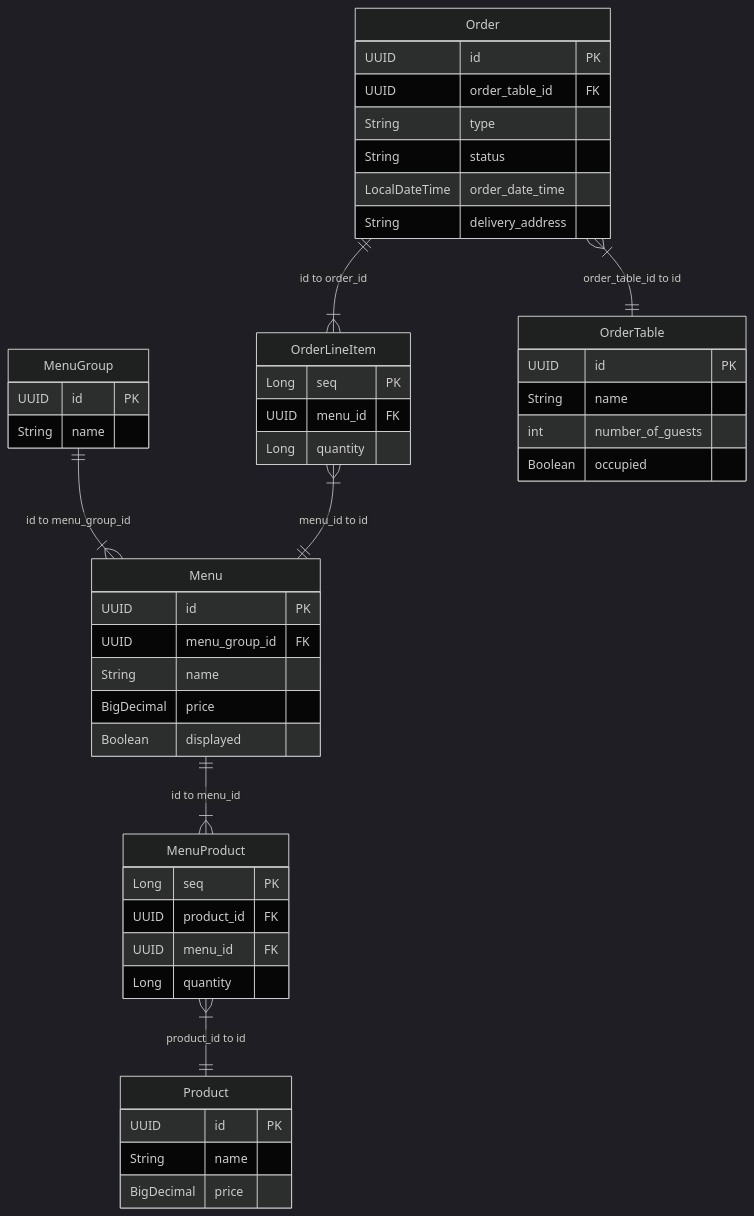
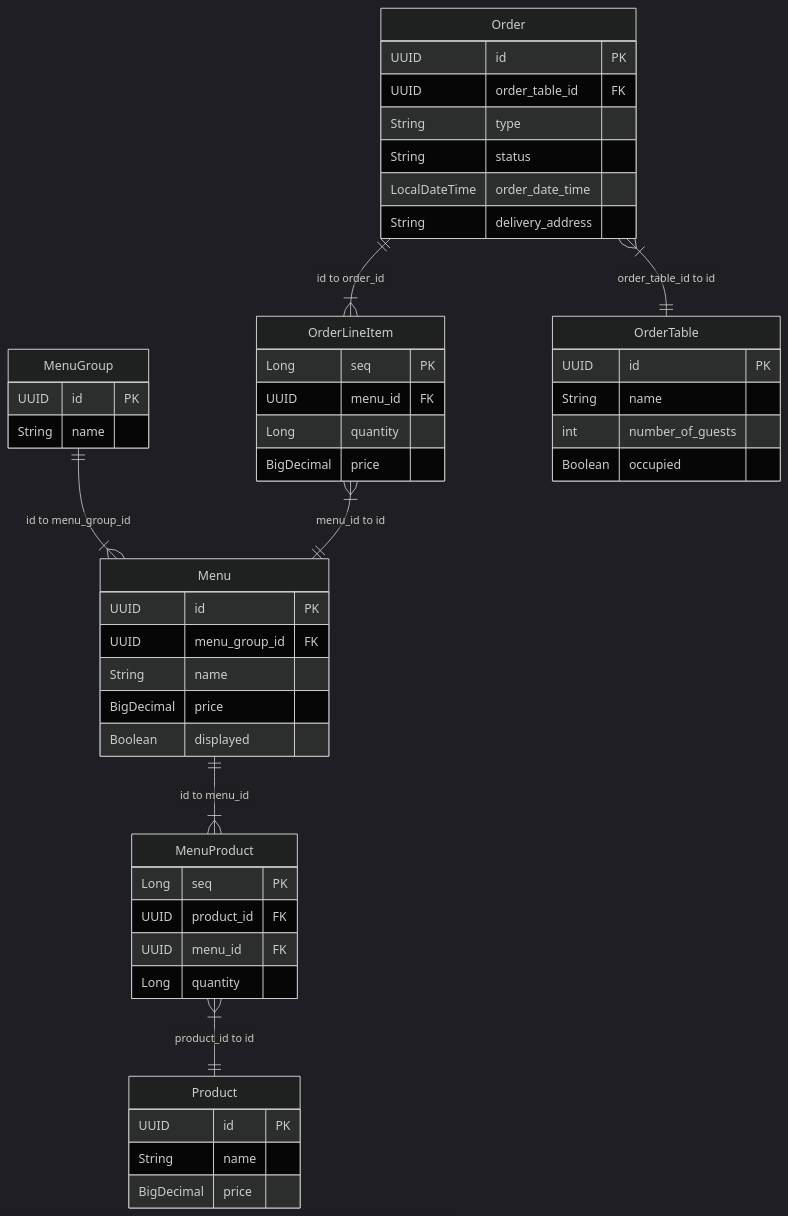
One commit to devFancy/ddd-strategic-design changed the diagram in README.md. Above: the diagram before and after it, drawn with Mermaid (dark theme). The commit also changed other lines of this file, not shown here.

````diff
--- a/README.md
+++ b/README.md
@@ -191,51 +192,52 @@
 ```mermaid
 erDiagram
     MenuGroup {
         UUID id PK
         String name
     }
     Menu {
         UUID id PK
         UUID menu_group_id FK
         String name
         BigDecimal price
         Boolean displayed
     }
     MenuProduct {
         Long seq PK
         UUID product_id FK
         UUID menu_id FK
         Long quantity
     }
     Product {
         UUID id PK
         String name
         BigDecimal price
     }
     Order {
         UUID id PK
         UUID order_table_id FK
         String type
         String status
         LocalDateTime order_date_time
         String delivery_address
     }
     OrderLineItem {
         Long seq PK
         UUID menu_id FK
         Long quantity
+        BigDecimal price
     }
     OrderTable {
         UUID id PK
         String name
         int number_of_guests
         Boolean occupied
     }
 
     MenuGroup ||--|{ Menu : "id to menu_group_id"
     Menu ||--|{ MenuProduct : "id to menu_id"
     MenuProduct }|--|| Product : "product_id to id"
     Order ||--|{ OrderLineItem : "id to order_id"
     OrderLineItem }|--|| Menu : "menu_id to id"
     Order }|--|| OrderTable : "order_table_id to id"
 ```
````
